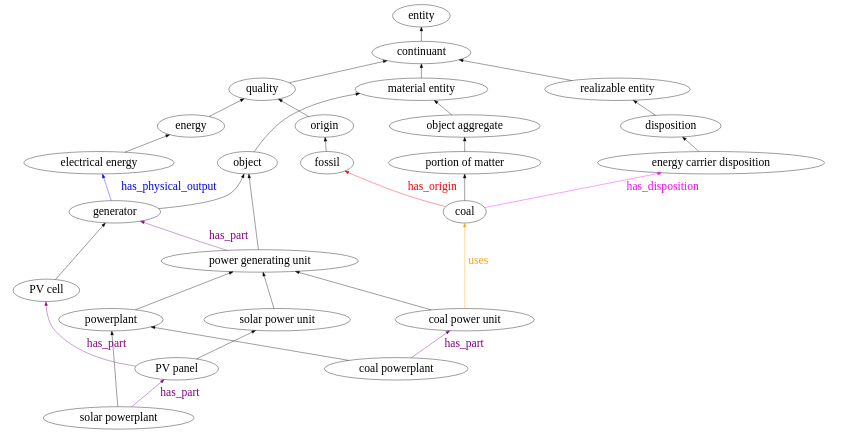
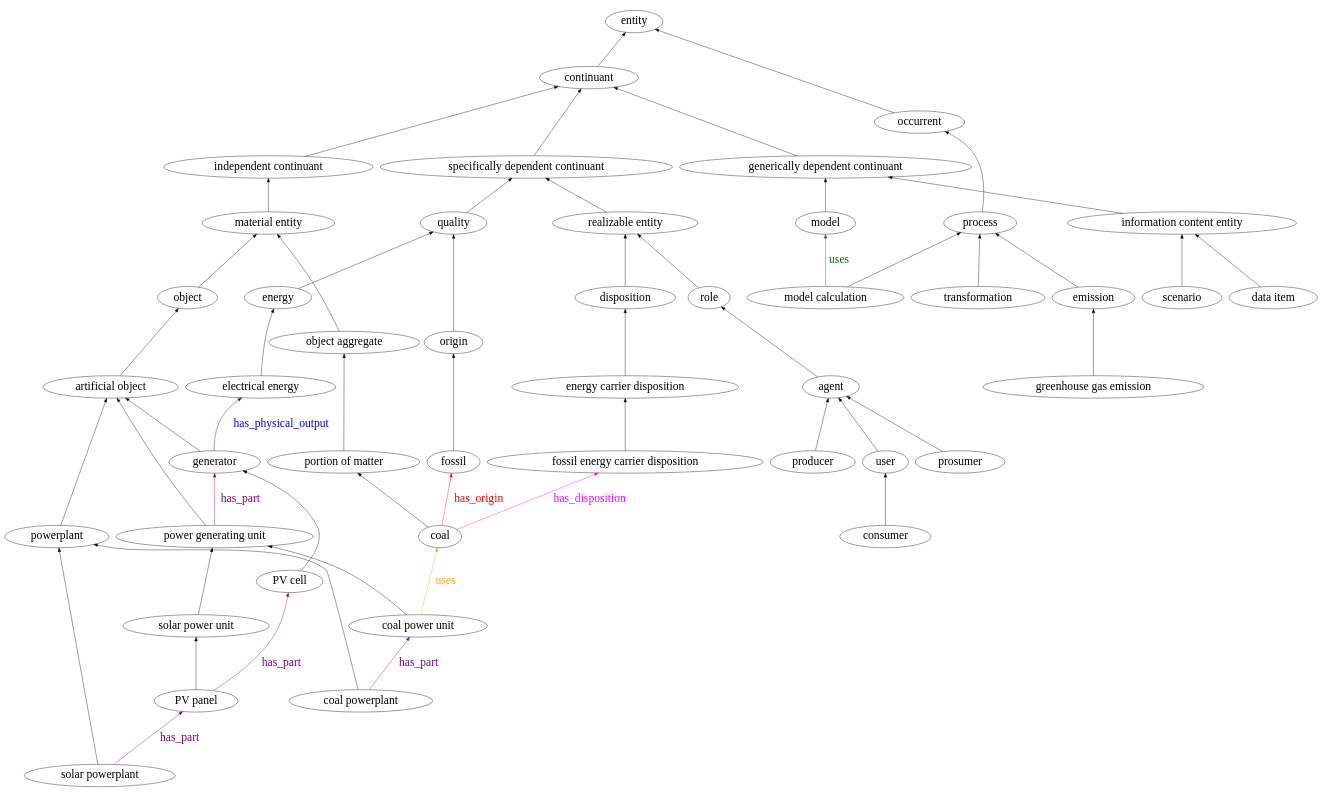
Before and after one commit to OpenEnergyPlatform/ontology: the diagram in figures/oeo-overview5.dot, drawn with Graphviz. The commit also changed 1 other file, not shown here.

```diff
--- a/figures/oeo-overview5.dot
+++ b/figures/oeo-overview5.dot
@@ -1,37 +1,60 @@
 digraph{
   rankdir=BT;
-graph [ratio=0.5];
+graph [ratio=0.6];
 node [fontsize=30];entity;
 edge [fontsize=30];
 continuant -> entity;
+occurrent -> entity;
+"specifically dependent continuant" -> continuant;
+"generically dependent continuant" -> continuant;
+"independent continuant" -> continuant;
 object -> "material entity";
-"material entity" -> continuant;
-"power generating unit" -> object;
-generator -> object;
-powerplant -> "power generating unit";
+"artificial object" -> object;
+"material entity" -> "independent continuant";
+"power generating unit" -> "artificial object";
+generator -> "artificial object";
+powerplant -> "artificial object";
 "solar powerplant" -> powerplant;
 "solar power unit" -> "power generating unit";
 "PV panel" -> "solar power unit";
 "power generating unit" -> generator [label="has_part", color="purple", fontcolor="purple"];
 "solar powerplant" -> "PV panel" [label="has_part", color="purple", fontcolor="purple"];
 "PV panel" -> "PV cell" [label="has_part", color="purple", fontcolor="purple"];
 "PV cell" -> generator;
 "coal power unit" -> "power generating unit";
 "coal power unit" -> coal [label="uses", color="orange", fontcolor="orange"];
 coal -> "portion of matter";
 coal -> fossil [label="has_origin", color="red", fontcolor="red"];
-coal -> "energy carrier disposition" [label="has_disposition", color="magenta", fontcolor="magenta"];
+coal -> "fossil energy carrier disposition" [label="has_disposition", color="magenta", fontcolor="magenta"];
+"fossil energy carrier disposition" -> "energy carrier disposition";
 "energy carrier disposition" -> disposition;
 disposition -> "realizable entity";
-"realizable entity" -> continuant;
+"realizable entity" -> "specifically dependent continuant";
 fossil -> origin;
 origin -> quality;
 "coal powerplant" -> "coal power unit" [label="has_part", color="purple", fontcolor="purple"];
 "portion of matter" -> "object aggregate";
 "object aggregate" -> "material entity";
 "coal powerplant" -> powerplant;
+model -> "generically dependent continuant";
+process -> occurrent;
+transformation -> process;
+"model calculation" -> process;
+"model calculation" -> model [label="uses", color="green", fontcolor="green"];
 generator -> "electrical energy" [label="has_physical_output", color="blue", fontcolor="blue"];
-quality -> continuant;
+quality -> "specifically dependent continuant";
 energy -> quality;
 "electrical energy" -> energy;
+"information content entity" -> "generically dependent continuant";
+scenario -> "information content entity";
+"data item" -> "information content entity";
+role -> "realizable entity";
+agent -> role;
+producer -> agent;
+user -> agent;
+prosumer -> agent;
+consumer -> user;
+"greenhouse gas emission" -> emission;
+emission -> process;
+{rank=same; powerplant; "power generating unit"}
 }
```
